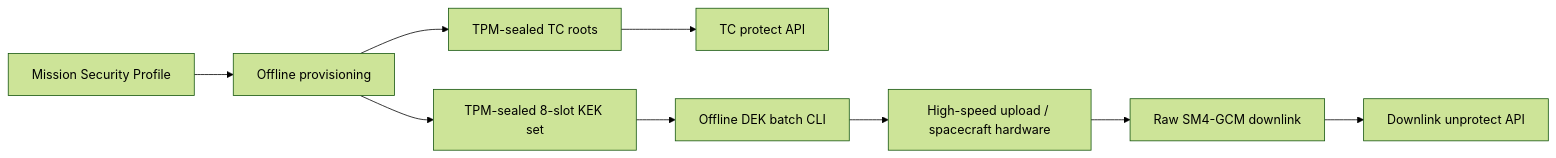
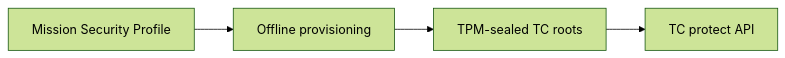
The diagram in docs/CCSDS_LINK_SECURITY.md (HangzeGao/key-vault), drawn with Mermaid (forest theme) before and after one commit. The commit also changed other lines of this file and 61 other files, not shown here.

Commit message:
Remove unconfirmed hardware downlink capability

````diff
--- a/docs/CCSDS_LINK_SECURITY.md
+++ b/docs/CCSDS_LINK_SECURITY.md
@@ -14,11 +13,6 @@
 ```mermaid
 flowchart LR
   M["Mission Security Profile"] --> P["Offline provisioning"]
   P --> T["TPM-sealed TC roots"]
-  P --> K["TPM-sealed 8-slot KEK set"]
   T --> U["TC protect API"]
-  K --> B["Offline DEK batch CLI"]
-  B --> H["High-speed upload / spacecraft hardware"]
-  H --> R["Raw SM4-GCM downlink"]
-  R --> D["Downlink unprotect API"]
 ```
````
